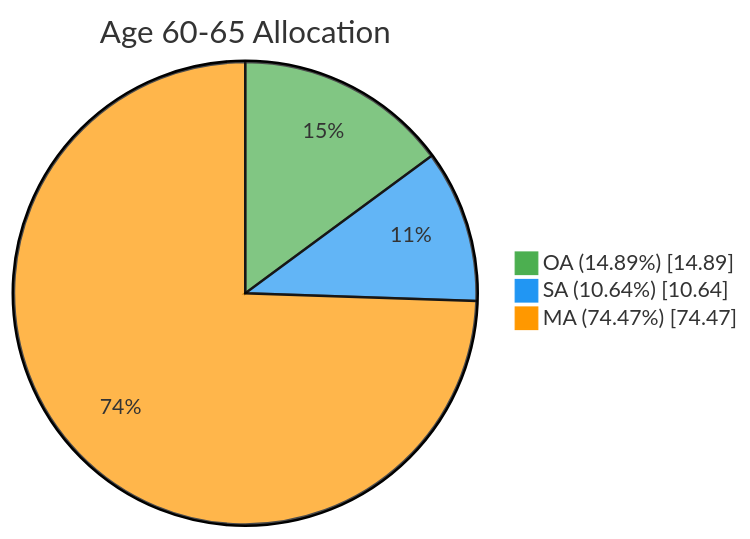
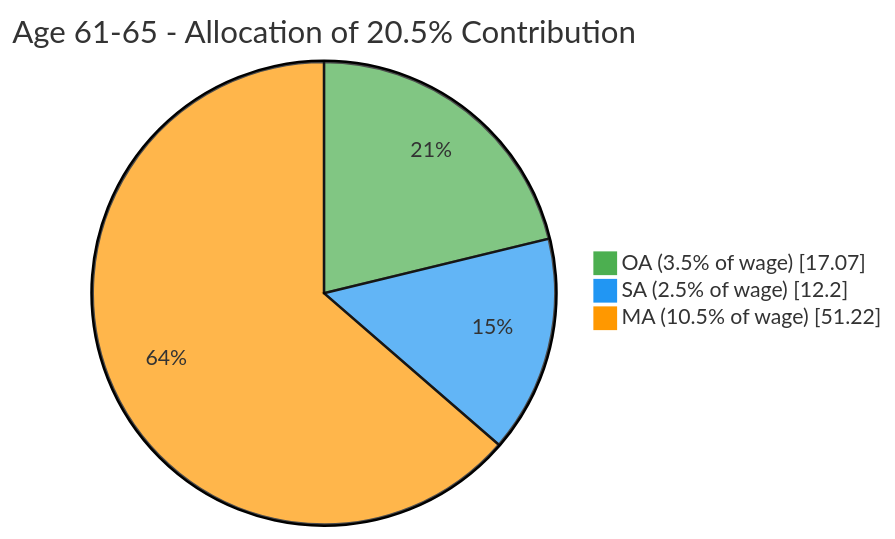
Before and after one commit to jcleow/wealthproject: the fifth of 27 diagrams in specs/cpf-system-diagrams.md, drawn with Mermaid. The commit also changed other lines of this file and 13 other files, not shown here.

````diff
--- a/specs/cpf-system-diagrams.md
+++ b/specs/cpf-system-diagrams.md
@@ -155,7 +252,7 @@
 ```mermaid
 %%{init: {'theme': 'base', 'themeVariables': { 'pie1': '#4CAF50', 'pie2': '#2196F3', 'pie3': '#FF9800'}}}%%
-pie showData title Age 60-65 Allocation
-    "OA (14.89%)" : 14.89
-    "SA (10.64%)" : 10.64
-    "MA (74.47%)" : 74.47
+pie showData title Age 61-65 - Allocation of 20.5% Contribution
+    "OA (3.5% of wage)" : 17.07
+    "SA (2.5% of wage)" : 12.20
+    "MA (10.5% of wage)" : 51.22
 ```
````
